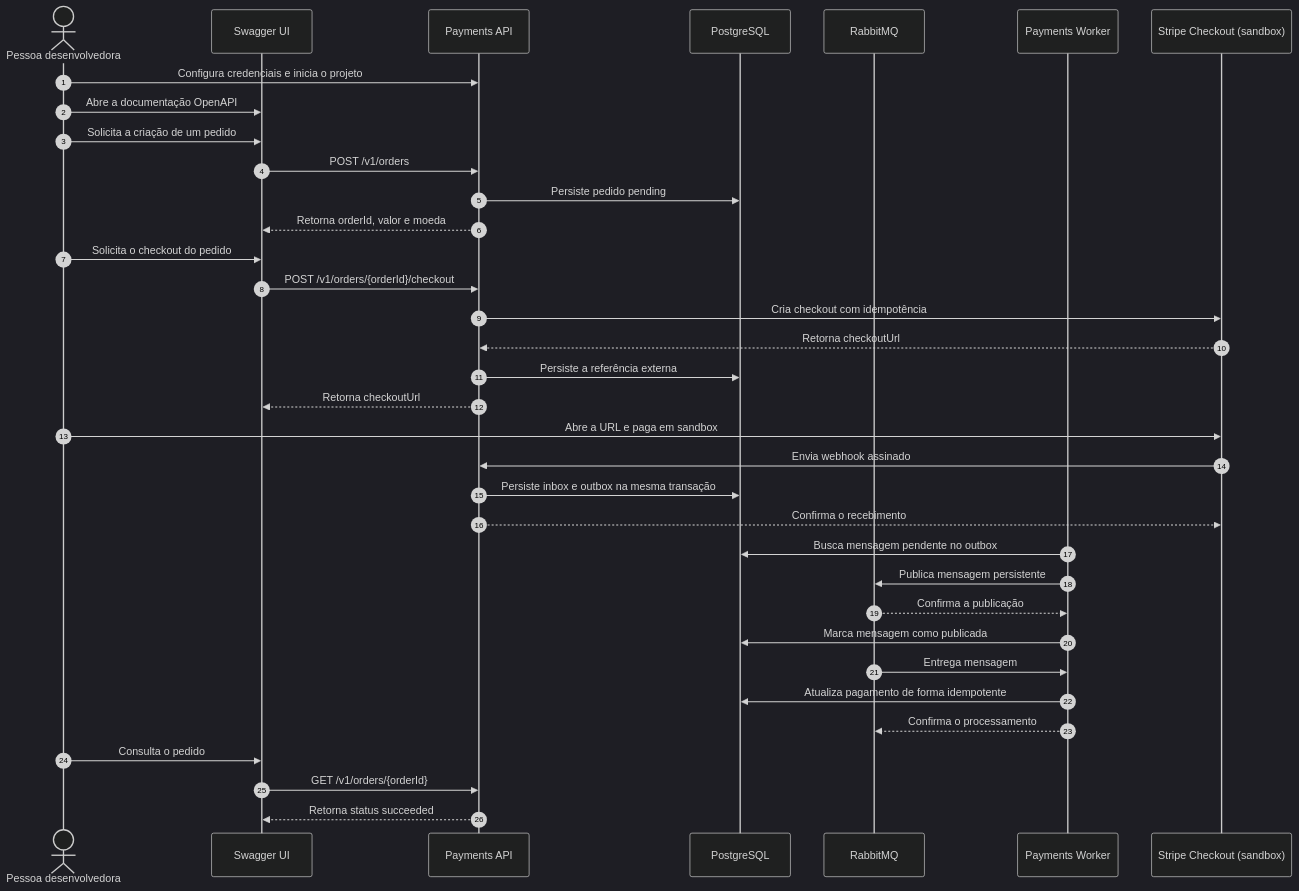
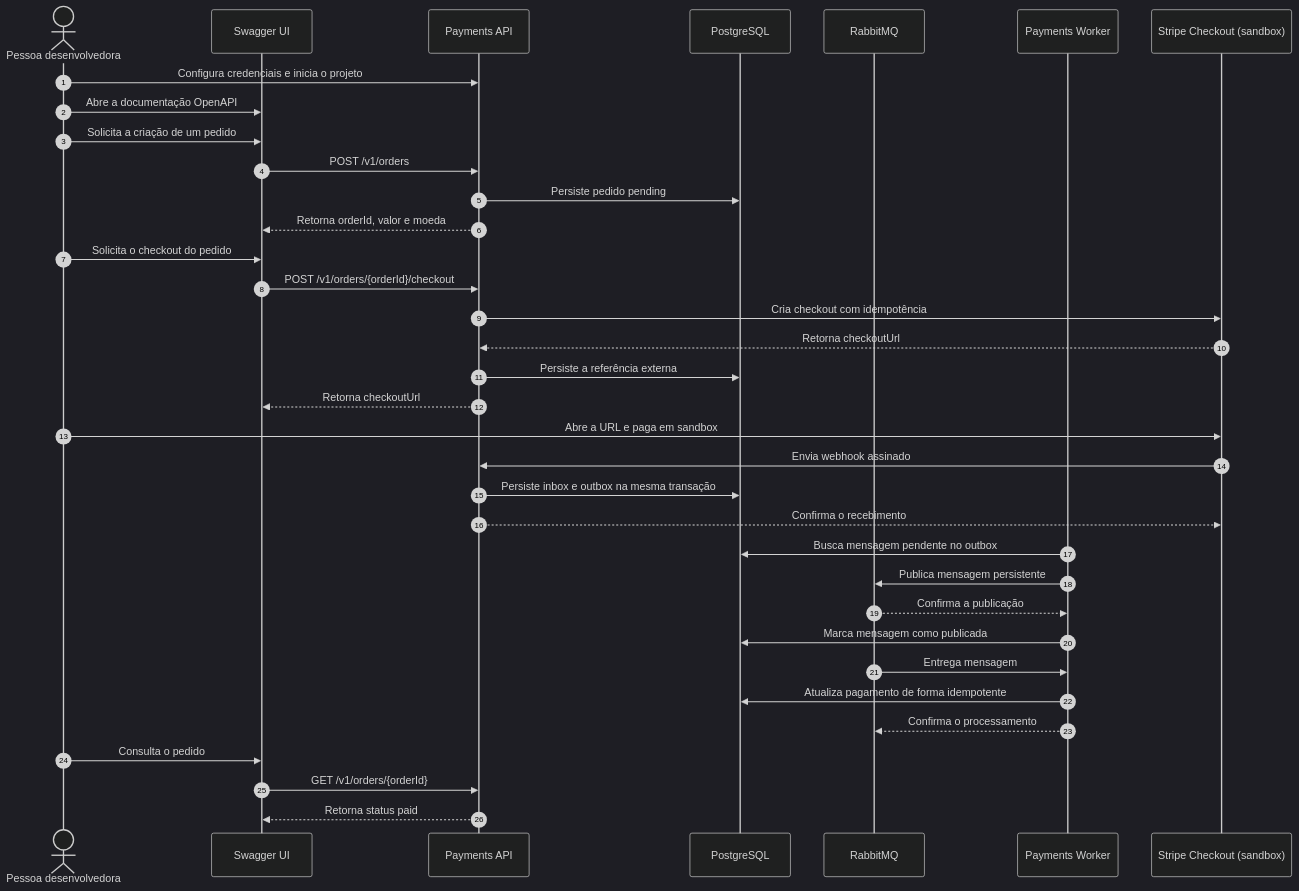
The diagram in README.md (rmotti/payments-boilerplate), drawn with Mermaid (dark theme) before and after one commit. The commit also changed 7 other files, not shown here.

Commit message:
feat(db): add payment domain schema (#6)

````diff
--- a/README.md
+++ b/README.md
@@ -105,38 +105,38 @@
 ```mermaid
 sequenceDiagram
     autonumber
     actor Dev as Pessoa desenvolvedora
     participant Docs as Swagger UI
     participant API as Payments API
     participant DB as PostgreSQL
     participant MQ as RabbitMQ
     participant Worker as Payments Worker
     participant PSP as Stripe Checkout (sandbox)
 
     Dev->>API: Configura credenciais e inicia o projeto
     Dev->>Docs: Abre a documentação OpenAPI
     Dev->>Docs: Solicita a criação de um pedido
     Docs->>API: POST /v1/orders
     API->>DB: Persiste pedido pending
     API-->>Docs: Retorna orderId, valor e moeda
     Dev->>Docs: Solicita o checkout do pedido
     Docs->>API: POST /v1/orders/{orderId}/checkout
     API->>PSP: Cria checkout com idempotência
     PSP-->>API: Retorna checkoutUrl
     API->>DB: Persiste a referência externa
     API-->>Docs: Retorna checkoutUrl
     Dev->>PSP: Abre a URL e paga em sandbox
     PSP->>API: Envia webhook assinado
     API->>DB: Persiste inbox e outbox na mesma transação
     API-->>PSP: Confirma o recebimento
     Worker->>DB: Busca mensagem pendente no outbox
     Worker->>MQ: Publica mensagem persistente
     MQ-->>Worker: Confirma a publicação
     Worker->>DB: Marca mensagem como publicada
     MQ->>Worker: Entrega mensagem
     Worker->>DB: Atualiza pagamento de forma idempotente
     Worker-->>MQ: Confirma o processamento
     Dev->>Docs: Consulta o pedido
     Docs->>API: GET /v1/orders/{orderId}
-    API-->>Docs: Retorna status succeeded
+    API-->>Docs: Retorna status paid
 ```
````
